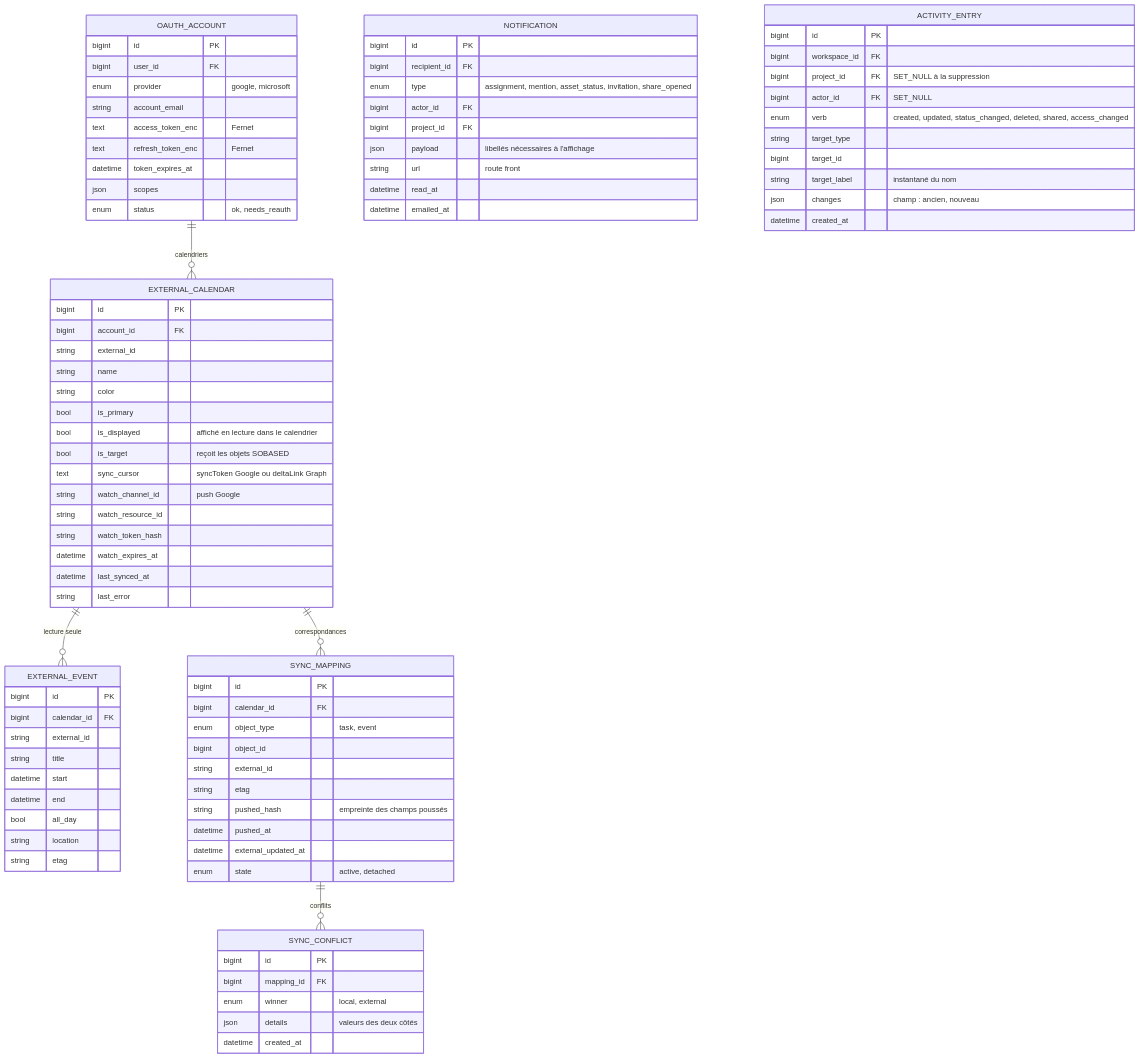
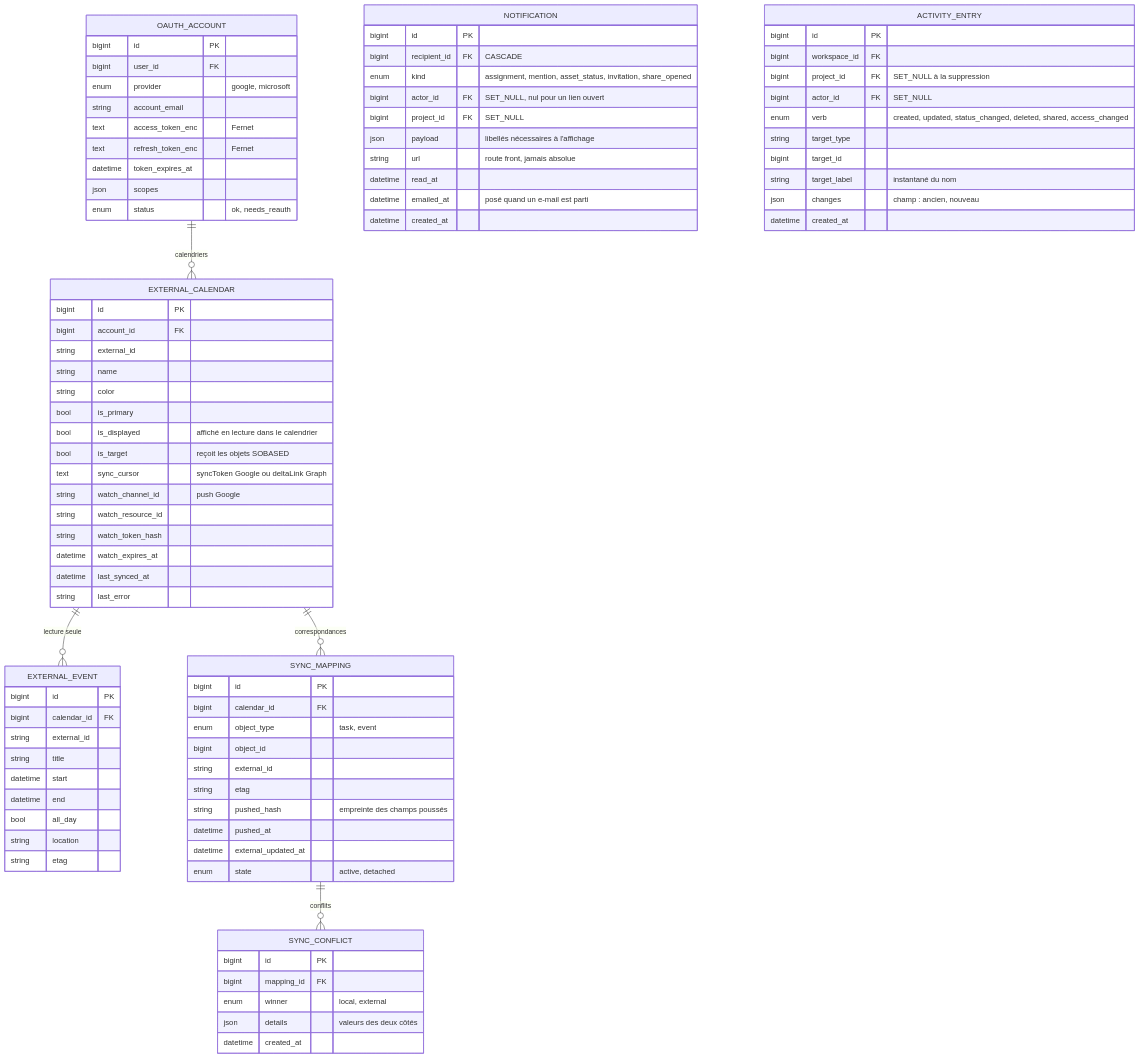
One commit to lucagslr/sobased changed the seventh of 7 diagrams in DATABASE_SCHEMA.md. Above: the diagram before and after it, drawn with Mermaid. The commit also changed other lines of this file and 41 other files, not shown here.

```diff
--- a/DATABASE_SCHEMA.md
+++ b/DATABASE_SCHEMA.md
@@ -597,14 +597,15 @@
     }
     NOTIFICATION {
         bigint id PK
-        bigint recipient_id FK
-        enum type "assignment, mention, asset_status, invitation, share_opened"
-        bigint actor_id FK
-        bigint project_id FK
+        bigint recipient_id FK "CASCADE"
+        enum kind "assignment, mention, asset_status, invitation, share_opened"
+        bigint actor_id FK "SET_NULL, nul pour un lien ouvert"
+        bigint project_id FK "SET_NULL"
         json payload "libellés nécessaires à l'affichage"
-        string url "route front"
+        string url "route front, jamais absolue"
         datetime read_at
-        datetime emailed_at
+        datetime emailed_at "posé quand un e-mail est parti"
+        datetime created_at
     }
     ACTIVITY_ENTRY {
         bigint id PK
```
